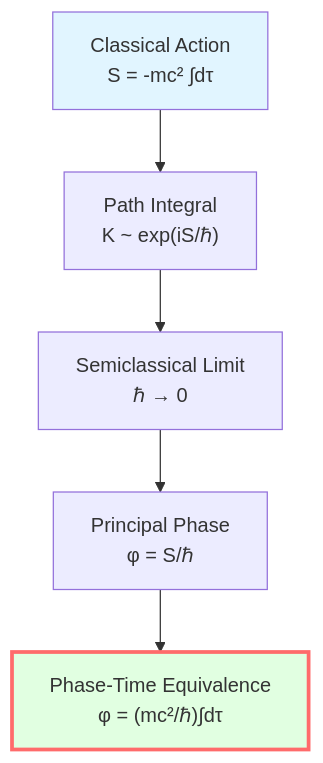
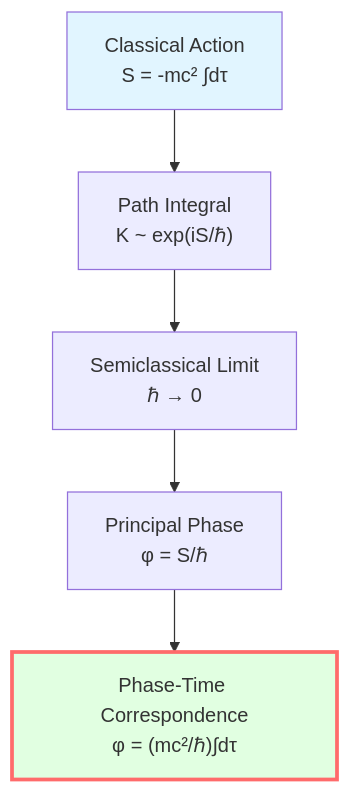
The first of 3 diagrams in docs/euler-article/gls-union/05-unified-time/01-phase-and-proper-time_en.md (loning/zeckendorf-hilbert), drawn with Mermaid before and after one commit. The commit also changed other lines of this file and 111 other files, not shown here.

````diff
--- a/docs/euler-article/gls-union/05-unified-time/01-phase-and-proper-time_en.md
+++ b/docs/euler-article/gls-union/05-unified-time/01-phase-and-proper-time_en.md
@@ -105,10 +105,10 @@
 ```mermaid
 graph TB
     A["Classical Action<br/>S = -mc² ∫dτ"] --> P["Path Integral<br/>K ~ exp(iS/ℏ)"]
     P --> SC["Semiclassical Limit<br/>ℏ → 0"]
     SC --> PH["Principal Phase<br/>φ = S/ℏ"]
-    PH --> R["Phase-Time Equivalence<br/>φ = (mc²/ℏ)∫dτ"]
+    PH --> R["Phase-Time Correspondence<br/>φ = (mc²/ℏ)∫dτ"]
 
     style A fill:#e1f5ff
     style R fill:#e1ffe1,stroke:#ff6b6b,stroke-width:3px
 ```
````
